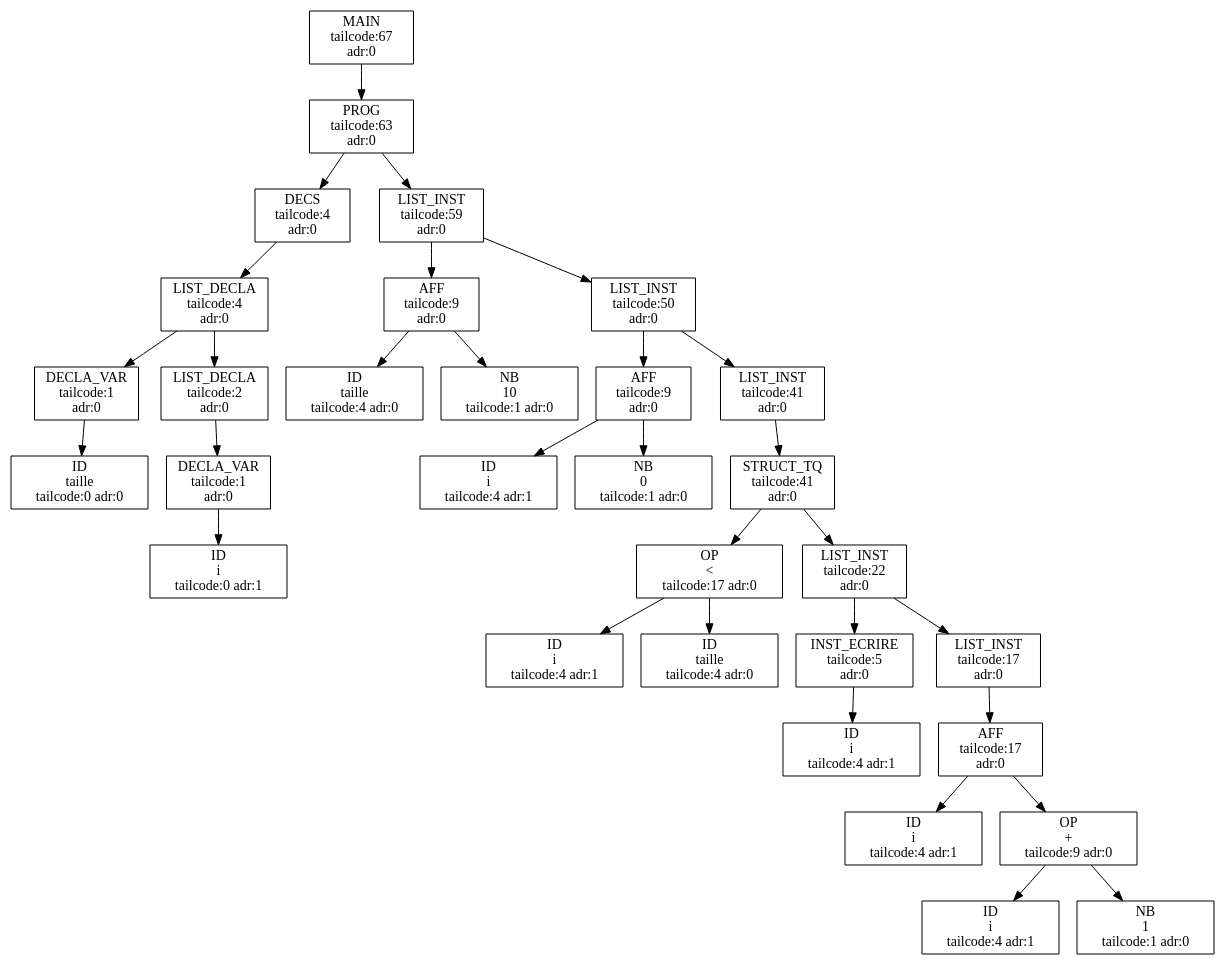
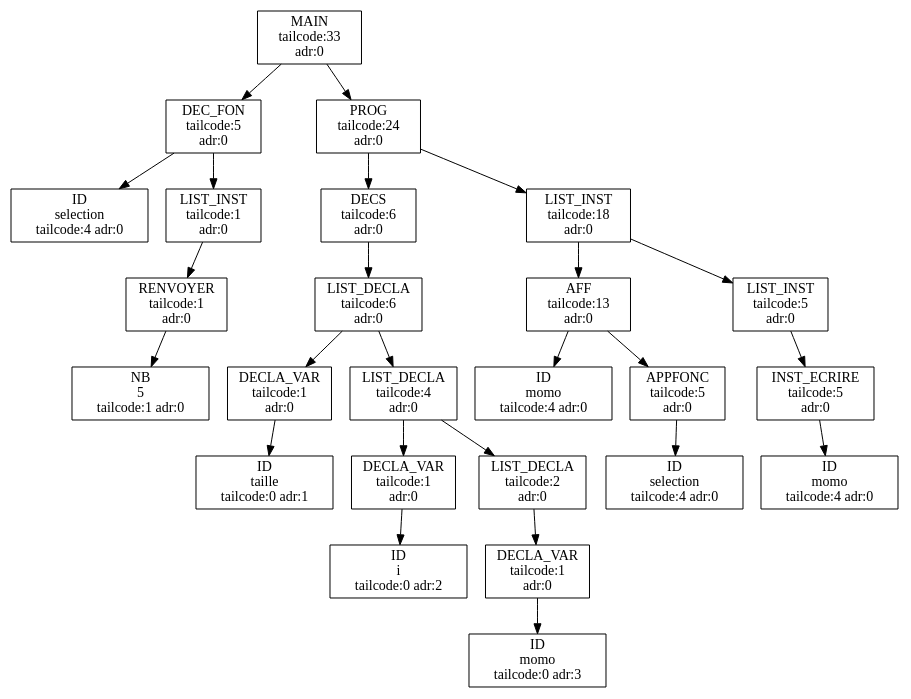
The diagram in out/output.dot (aswailem195/Projet-ARC--Algo-RAM-Compiler--20231213), drawn with Graphviz before and after one commit. The commit also changed 21 other files, not shown here.

```diff
--- a/out/output.dot
+++ b/out/output.dot
@@ -1,111 +1,93 @@
 digraph ASA {
-node0x558834a59e70 [label="MAIN
- tailcode:67 
+node0x559357de8cf0 [label="MAIN
+ tailcode:33 
  adr:0 \n", shape=box];
-node0x558834a59e70 -> node0x558834a59e30;
-node0x558834a59e30 [label="PROG
- tailcode:63 
+node0x559357de8cf0 -> node0x559357de87b0;
+node0x559357de87b0 [label="DEC_FON
+ tailcode:5 
  adr:0 \n", shape=box];
-node0x558834a59e30 -> node0x558834a59870;
-node0x558834a59870 [label="DECS
+node0x559357de87b0 -> node0x559357de87f0;
+node0x559357de87f0 [label="ID\nselection
+ tailcode:4 adr:0 \n", shape=box];
+node0x559357de87b0 -> node0x559357de8770;
+node0x559357de8770 [label="LIST_INST
+ tailcode:1 
+ adr:0 \n", shape=box];
+node0x559357de8770 -> node0x559357de8730;
+node0x559357de8730 [label="RENVOYER
+ tailcode:1 
+ adr:0 \n", shape=box];
+node0x559357de8730 -> node0x559357de86f0;
+node0x559357de86f0 [label="NB\n5 
+ tailcode:1 adr:0 \n", shape=box];
+node0x559357de8cf0 -> node0x559357de8cb0;
+node0x559357de8cb0 [label="PROG
+ tailcode:24 
+ adr:0 \n", shape=box];
+node0x559357de8cb0 -> node0x559357de8a70;
+node0x559357de8a70 [label="DECS
+ tailcode:6 
+ adr:0 \n", shape=box];
+node0x559357de8a70 -> node0x559357de8a30;
+node0x559357de8a30 [label="LIST_DECLA
+ tailcode:6 
+ adr:0 \n", shape=box];
+node0x559357de8a30 -> node0x559357de8830;
+node0x559357de8830 [label="DECLA_VAR
+ tailcode:1 
+ adr:0 \n", shape=box];
+node0x559357de8830 -> node0x559357de8870;
+node0x559357de8870 [label="ID\ntaille
+ tailcode:0 adr:1 \n", shape=box];
+node0x559357de8a30 -> node0x559357de89f0;
+node0x559357de89f0 [label="LIST_DECLA
  tailcode:4 
  adr:0 \n", shape=box];
-node0x558834a59870 -> node0x558834a59830;
-node0x558834a59830 [label="LIST_DECLA
- tailcode:4 
- adr:0 \n", shape=box];
-node0x558834a59830 -> node0x558834a596f0;
-node0x558834a596f0 [label="DECLA_VAR
+node0x559357de89f0 -> node0x559357de88b0;
+node0x559357de88b0 [label="DECLA_VAR
  tailcode:1 
  adr:0 \n", shape=box];
-node0x558834a596f0 -> node0x558834a59730;
-node0x558834a59730 [label="ID\ntaille
- tailcode:0 adr:0 \n", shape=box];
-node0x558834a59830 -> node0x558834a597f0;
-node0x558834a597f0 [label="LIST_DECLA
+node0x559357de88b0 -> node0x559357de88f0;
+node0x559357de88f0 [label="ID\ni
+ tailcode:0 adr:2 \n", shape=box];
+node0x559357de89f0 -> node0x559357de89b0;
+node0x559357de89b0 [label="LIST_DECLA
  tailcode:2 
  adr:0 \n", shape=box];
-node0x558834a597f0 -> node0x558834a59770;
-node0x558834a59770 [label="DECLA_VAR
+node0x559357de89b0 -> node0x559357de8930;
+node0x559357de8930 [label="DECLA_VAR
  tailcode:1 
  adr:0 \n", shape=box];
-node0x558834a59770 -> node0x558834a597b0;
-node0x558834a597b0 [label="ID\ni
- tailcode:0 adr:1 \n", shape=box];
-node0x558834a59e30 -> node0x558834a59df0;
-node0x558834a59df0 [label="LIST_INST
- tailcode:59 
+node0x559357de8930 -> node0x559357de8970;
+node0x559357de8970 [label="ID\nmomo
+ tailcode:0 adr:3 \n", shape=box];
+node0x559357de8cb0 -> node0x559357de8c70;
+node0x559357de8c70 [label="LIST_INST
+ tailcode:18 
  adr:0 \n", shape=box];
-node0x558834a59df0 -> node0x558834a598f0;
-node0x558834a598f0 [label="AFF
- tailcode:9 
+node0x559357de8c70 -> node0x559357de8b30;
+node0x559357de8b30 [label="AFF
+ tailcode:13 
  adr:0 \n", shape=box];
-node0x558834a598f0 -> node0x558834a59930;
-node0x558834a59930 [label="ID\ntaille
+node0x559357de8b30 -> node0x559357de8b70;
+node0x559357de8b70 [label="ID\nmomo
  tailcode:4 adr:0 \n", shape=box];
-node0x558834a598f0 -> node0x558834a598b0;
-node0x558834a598b0 [label="NB\n10 
- tailcode:1 adr:0 \n", shape=box];
-node0x558834a59df0 -> node0x558834a59db0;
-node0x558834a59db0 [label="LIST_INST
- tailcode:50 
- adr:0 \n", shape=box];
-node0x558834a59db0 -> node0x558834a599b0;
-node0x558834a599b0 [label="AFF
- tailcode:9 
- adr:0 \n", shape=box];
-node0x558834a599b0 -> node0x558834a599f0;
-node0x558834a599f0 [label="ID\ni
- tailcode:4 adr:1 \n", shape=box];
-node0x558834a599b0 -> node0x558834a59970;
-node0x558834a59970 [label="NB\n0 
- tailcode:1 adr:0 \n", shape=box];
-node0x558834a59db0 -> node0x558834a59d70;
-node0x558834a59d70 [label="LIST_INST
- tailcode:41 
- adr:0 \n", shape=box];
-node0x558834a59d70 -> node0x558834a59d30;
-node0x558834a59d30 [label="STRUCT_TQ
- tailcode:41 
- adr:0 \n", shape=box];
-node0x558834a59d30 -> node0x558834a59ab0;
-node0x558834a59ab0 [label="OP\n< 
- tailcode:17 adr:0 \n", shape=box];
-node0x558834a59ab0 -> node0x558834a59a30;
-node0x558834a59a30 [label="ID\ni
- tailcode:4 adr:1 \n", shape=box];
-node0x558834a59ab0 -> node0x558834a59a70;
-node0x558834a59a70 [label="ID\ntaille
- tailcode:4 adr:0 \n", shape=box];
-node0x558834a59d30 -> node0x558834a59cf0;
-node0x558834a59cf0 [label="LIST_INST
- tailcode:22 
- adr:0 \n", shape=box];
-node0x558834a59cf0 -> node0x558834a59b30;
-node0x558834a59b30 [label="INST_ECRIRE
+node0x559357de8b30 -> node0x559357de8ab0;
+node0x559357de8ab0 [label="APPFONC
  tailcode:5 
  adr:0 \n", shape=box];
-node0x558834a59b30 -> node0x558834a59af0;
-node0x558834a59af0 [label="ID\ni
- tailcode:4 adr:1 \n", shape=box];
-node0x558834a59cf0 -> node0x558834a59cb0;
-node0x558834a59cb0 [label="LIST_INST
- tailcode:17 
+node0x559357de8ab0 -> node0x559357de8af0;
+node0x559357de8af0 [label="ID\nselection
+ tailcode:4 adr:0 \n", shape=box];
+node0x559357de8c70 -> node0x559357de8c30;
+node0x559357de8c30 [label="LIST_INST
+ tailcode:5 
  adr:0 \n", shape=box];
-node0x558834a59cb0 -> node0x558834a59c30;
-node0x558834a59c30 [label="AFF
- tailcode:17 
+node0x559357de8c30 -> node0x559357de8bf0;
+node0x559357de8bf0 [label="INST_ECRIRE
+ tailcode:5 
  adr:0 \n", shape=box];
-node0x558834a59c30 -> node0x558834a59c70;
-node0x558834a59c70 [label="ID\ni
- tailcode:4 adr:1 \n", shape=box];
-node0x558834a59c30 -> node0x558834a59bf0;
-node0x558834a59bf0 [label="OP\n+ 
- tailcode:9 adr:0 \n", shape=box];
-node0x558834a59bf0 -> node0x558834a59b70;
-node0x558834a59b70 [label="ID\ni
- tailcode:4 adr:1 \n", shape=box];
-node0x558834a59bf0 -> node0x558834a59bb0;
-node0x558834a59bb0 [label="NB\n1 
- tailcode:1 adr:0 \n", shape=box];
+node0x559357de8bf0 -> node0x559357de8bb0;
+node0x559357de8bb0 [label="ID\nmomo
+ tailcode:4 adr:0 \n", shape=box];
 }
```
